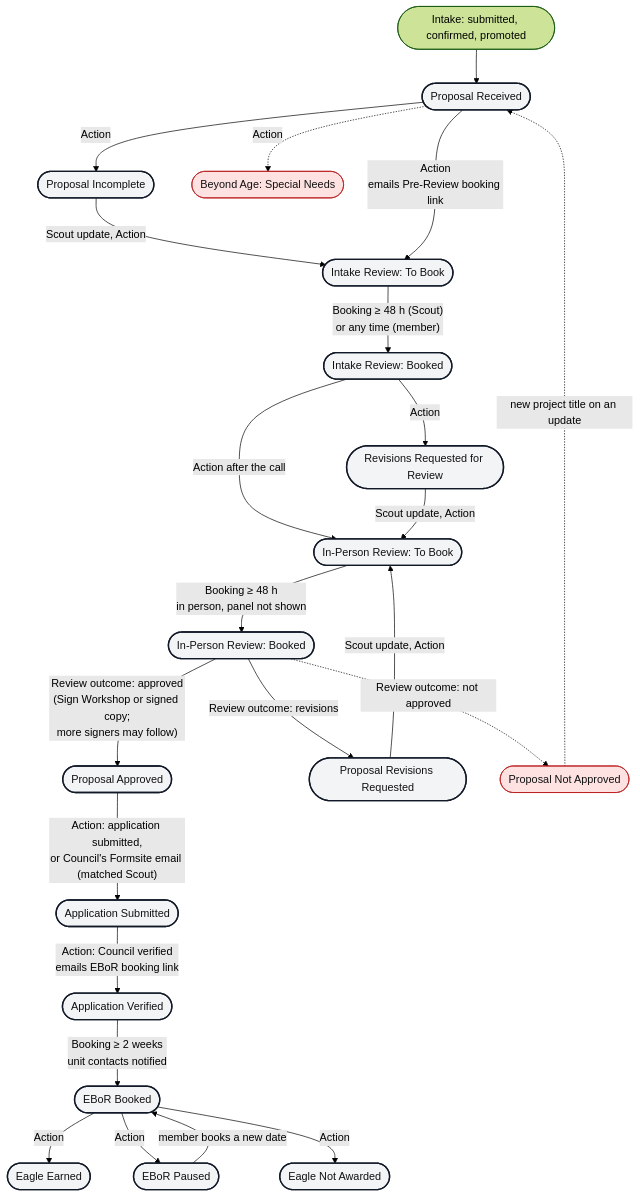
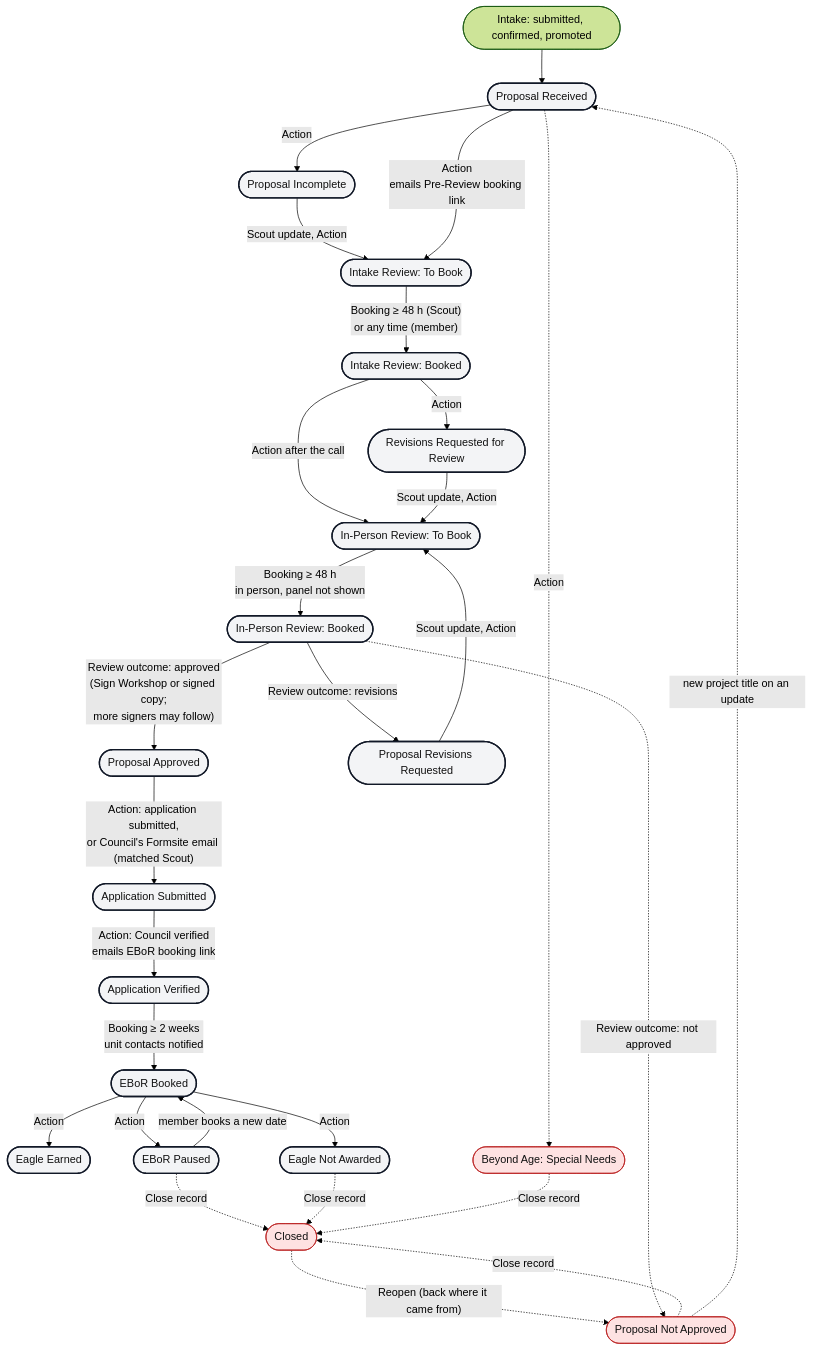
Before and after one commit to j2willey/coyote-creek-eagle-tracker: the second of 2 diagrams in docs/process-flow.md, drawn with Mermaid (forest theme). The commit also changed other lines of this file and 2 other files, not shown here.

Commit message:
Docs: Closed records (README stages, row actions, Admin archive, Settings; glossary; process flow)
Stages table, dashboard row actions table, Admin January archive and review
suggestions, Settings closeReviewDays / closeSnoozeDays / closedFolder, hidden
columns and the Closed Records tab, Stats, glossary entries "Closed" and
"Closed Records", and the Closed side section in the process flow.

````diff
--- a/docs/process-flow.md
+++ b/docs/process-flow.md
@@ -76,31 +76,37 @@
 ```mermaid
 flowchart TD
   classDef state fill:#f3f4f6,stroke:#111827,stroke-width:2px,color:#111
   classDef side fill:#fee2e2,stroke:#b91c1c,color:#111
 
   IN(["Intake: submitted, confirmed, promoted"]) --> PRC
   PRC(["Proposal Received"]):::state -- "Action" --> PI
   PI(["Proposal Incomplete"]):::state -- "Scout update, Action" --> ITB
   PRC -- "Action<br/>emails Pre-Review booking link" --> ITB
   ITB(["Intake Review: To Book"]):::state -- "Booking ≥ 48 h (Scout)<br/>or any time (member)" --> IB
   IB(["Intake Review: Booked"]):::state -- "Action after the call" --> RTB
   IB -- "Action" --> IR
   IR(["Revisions Requested for Review"]):::state -- "Scout update, Action" --> RTB
   RTB(["In-Person Review: To Book"]):::state -- "Booking ≥ 48 h<br/>in person, panel not shown" --> RB
   RB(["In-Person Review: Booked"]):::state -- "Review outcome: approved<br/>(Sign Workshop or signed copy;<br/>more signers may follow)" --> AP
   RB -- "Review outcome: revisions" --> PR
   PR(["Proposal Revisions Requested"]):::state -- "Scout update, Action" --> RTB
   AP(["Proposal Approved"]):::state -- "Action: application submitted,<br/>or Council's Formsite email (matched Scout)" --> AS
   AS(["Application Submitted"]):::state -- "Action: Council verified<br/>emails EBoR booking link" --> AV
   AV(["Application Verified"]):::state -- "Booking ≥ 2 weeks<br/>unit contacts notified" --> EB
   EB(["EBoR Booked"]):::state -- "Action" --> EE(["Eagle Earned"]):::state
   EB -- "Action" --> EP(["EBoR Paused"]):::state
   EP -- "member books a new date" --> EB
   EB -- "Action" --> EN(["Eagle Not Awarded"]):::state
 
   NA(["Proposal Not Approved"]):::side
   BA(["Beyond Age: Special Needs"]):::side
+  CL(["Closed"]):::side
+  EP -. "Close record" .-> CL
+  EN -. "Close record" .-> CL
+  NA -. "Close record" .-> CL
+  BA -. "Close record" .-> CL
+  CL -. "Reopen (back where it came from)" .-> NA
   RB -. "Review outcome: not approved" .-> NA
   NA -. "new project title on an update" .-> PRC
   PRC -. "Action" .-> BA
 ```
````
